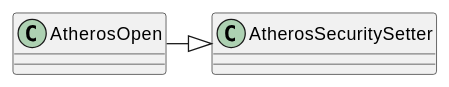
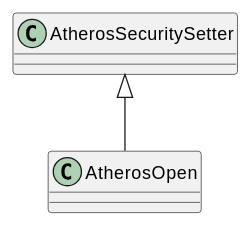
Before and after one commit to russell-n/apcommand: the fifth of 6 diagrams in apcommand/accesspoints/atheros.rst, drawn with PlantUML. The commit also changed other lines of this file and 74 other files, not shown here.

```diff
--- a/apcommand/accesspoints/atheros.rst
+++ b/apcommand/accesspoints/atheros.rst
@@ -126,3 +188,3 @@
 .. uml::
 
-   AtherosOpen -|> AtherosSecuritySetter
+   AtherosSecuritySetter <|-- AtherosOpen
```
